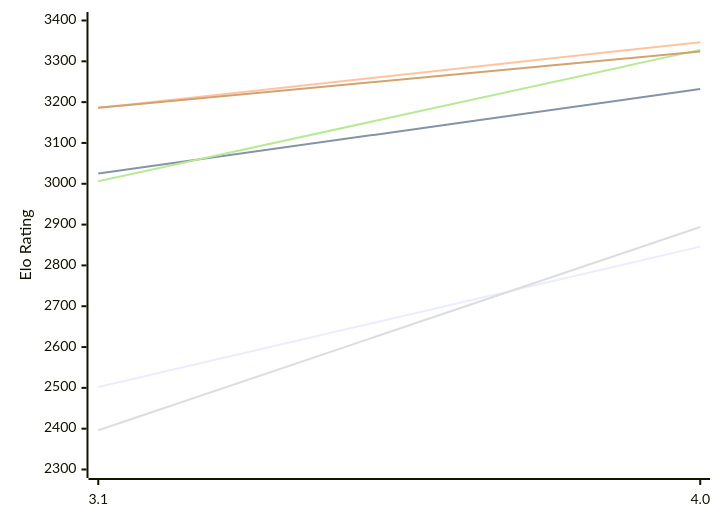
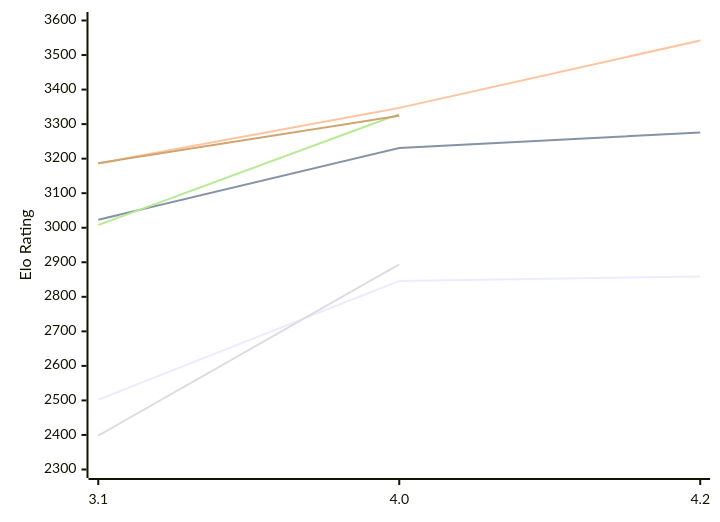
One commit to computer-chess-index/cci changed the first of 2 diagrams in engines/Sykora.md. Above: the diagram before and after it, drawn with Mermaid. The commit also changed other lines of this file, not shown here.

Commit message:
Update CCI Ratings (ELO VLTC) - 2026-11-28

````diff
--- a/engines/Sykora.md
+++ b/engines/Sykora.md
@@ -54,12 +54,12 @@
 ```mermaid
 %%{init: {"theme":"base","themeVariables":{"seriesColors:['#a3a3a3','#222221','#faa371']}}}%%
 xychart-beta
-  x-axis ["3.1", "4.0"]
-  y-axis "Elo Rating" 2300 --> 3400
-  line "E1: STC (8.0+0.08s)" [2502, 2846]
-  line "E1: LTC (60.0+0.60s)" [3025, 3232]
-  line "E1: VLTC (2m24s+1.12s)" [3186, 3347]
-  line "P1: STC (8.0+0.08s)" [2396, 2894]
-  line "P1: LTC (60.0+0.60s)" [3006, 3328]
-  line "P1: VLTC (2m24s+1.12s)" [3186, 3324]
+  x-axis ["3.1", "4.0", "4.2"]
+  y-axis "Elo Rating" 2300 --> 3600
+  line "E1: STC (8.0+0.08s)" [2502, 2846, 2859]
+  line "E1: LTC (60.0+0.60s)" [3023, 3231, 3276]
+  line "E1: VLTC (2m24s+1.12s)" [3186, 3347, 3542]
+  line "P1: STC (8.0+0.08s)" [2398, 2894]
+  line "P1: LTC (60.0+0.60s)" [3008, 3329]
+  line "P1: VLTC (2m24s+1.12s)" [3187, 3324]
 ```
````
